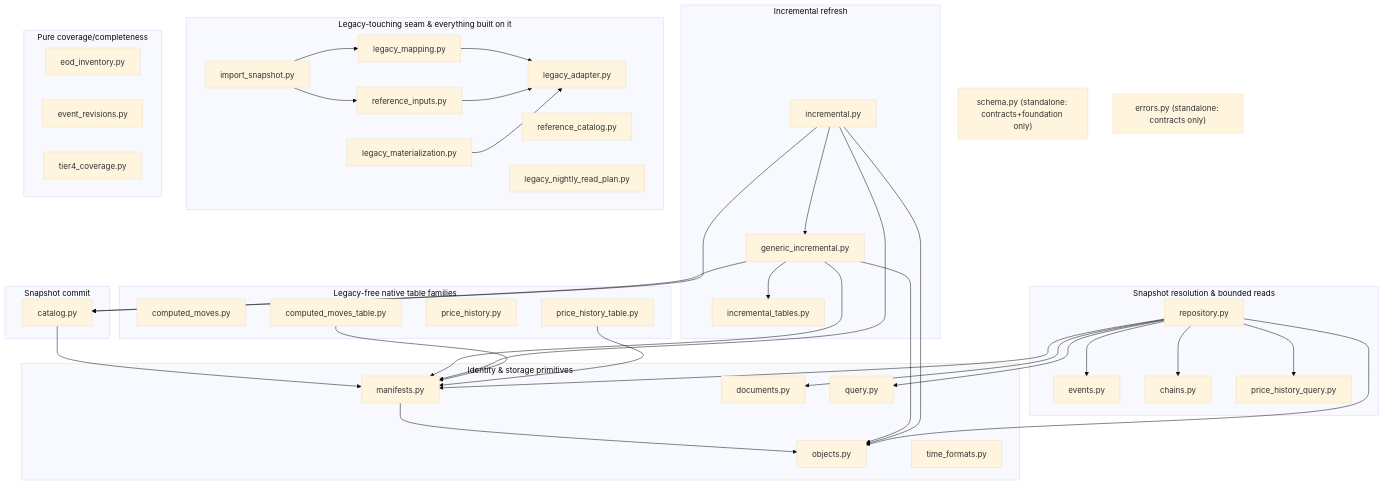
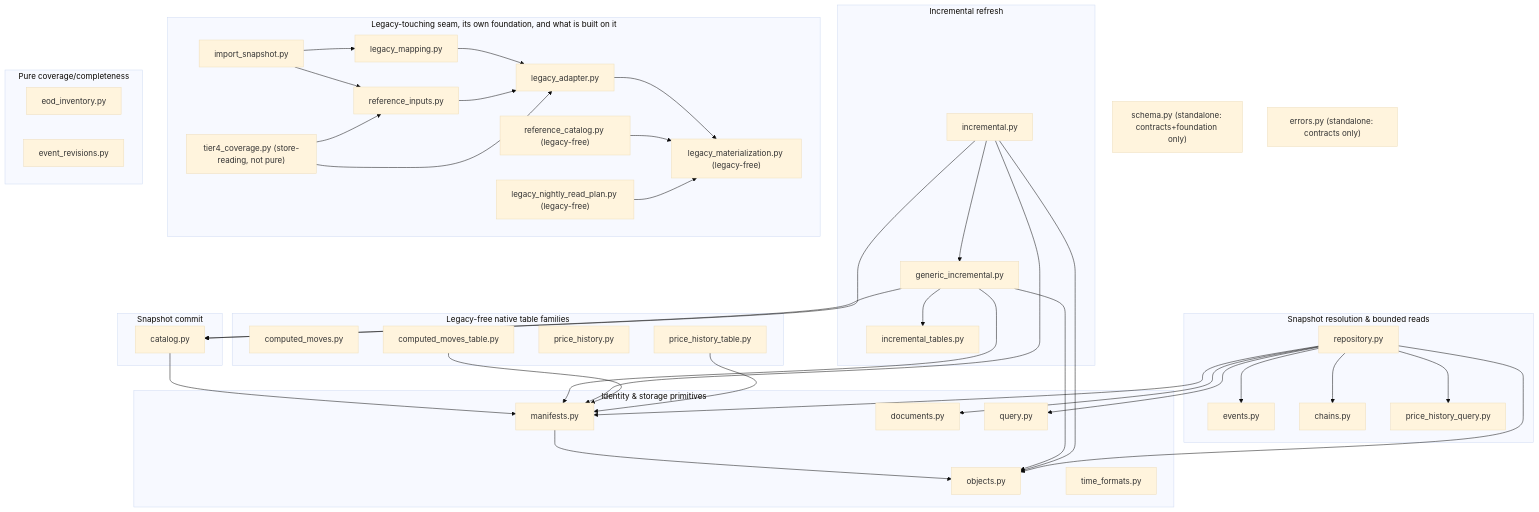
The first of 2 diagrams in engine/v2/data/ARCHITECTURE.md (yshewchuk/investment-validation), drawn with Mermaid (base theme) before and after one commit. The commit also changed other lines of this file, not shown here.

````diff
--- a/engine/v2/data/ARCHITECTURE.md
+++ b/engine/v2/data/ARCHITECTURE.md
@@ -722,66 +737,67 @@
 ```mermaid
 flowchart TB
     subgraph identity["Identity & storage primitives"]
         objects["objects.py"]
         manifests["manifests.py"] --> objects
         documents["documents.py"]
         time_formats["time_formats.py"]
         query["query.py"]
     end
 
     subgraph commit["Snapshot commit"]
         catalog["catalog.py"] --> manifests
     end
 
     subgraph incr["Incremental refresh"]
         incremental_tables["incremental_tables.py"]
         generic_incremental["generic_incremental.py"] --> catalog
         generic_incremental --> manifests
         generic_incremental --> objects
         generic_incremental --> incremental_tables
         incremental["incremental.py"] --> generic_incremental
         incremental --> catalog
         incremental --> manifests
         incremental --> objects
     end
 
     subgraph reads["Snapshot resolution & bounded reads"]
         repository["repository.py"] --> manifests
         repository --> objects
         repository --> documents
         repository --> query
         events["events.py"]
         chains["chains.py"]
         price_history_query["price_history_query.py"]
         repository --> events
         repository --> chains
         repository --> price_history_query
     end
 
-    subgraph legacy["Legacy-touching seam & everything built on it"]
-        legacy_adapter["legacy_adapter.py"]
+    subgraph legacy["Legacy-touching seam, its own foundation, and what is built on it"]
+        legacy_materialization["legacy_materialization.py (legacy-free)"]
+        legacy_adapter["legacy_adapter.py"] --> legacy_materialization
         legacy_mapping["legacy_mapping.py"] --> legacy_adapter
         reference_inputs["reference_inputs.py"] --> legacy_adapter
-        reference_catalog["reference_catalog.py"]
+        reference_catalog["reference_catalog.py (legacy-free)"] --> legacy_materialization
         import_snapshot["import_snapshot.py"] --> legacy_mapping
         import_snapshot --> reference_inputs
-        legacy_materialization["legacy_materialization.py"] --> legacy_adapter
-        legacy_nightly_read_plan["legacy_nightly_read_plan.py"]
+        legacy_nightly_read_plan["legacy_nightly_read_plan.py (legacy-free)"] --> legacy_materialization
+        tier4_coverage["tier4_coverage.py (store-reading, not pure)"] --> legacy_adapter
+        tier4_coverage --> reference_inputs
     end
 
     subgraph native["Legacy-free native table families"]
         computed_moves["computed_moves.py"]
         computed_moves_table["computed_moves_table.py"] --> manifests
         price_history["price_history.py"]
         price_history_table["price_history_table.py"] --> manifests
     end
 
     subgraph coverage["Pure coverage/completeness"]
         eod_inventory["eod_inventory.py"]
         event_revisions["event_revisions.py"]
-        tier4_coverage["tier4_coverage.py"]
     end
 
     schema["schema.py (standalone: contracts+foundation only)"]
     errors["errors.py (standalone: contracts only)"]
 ```
````
